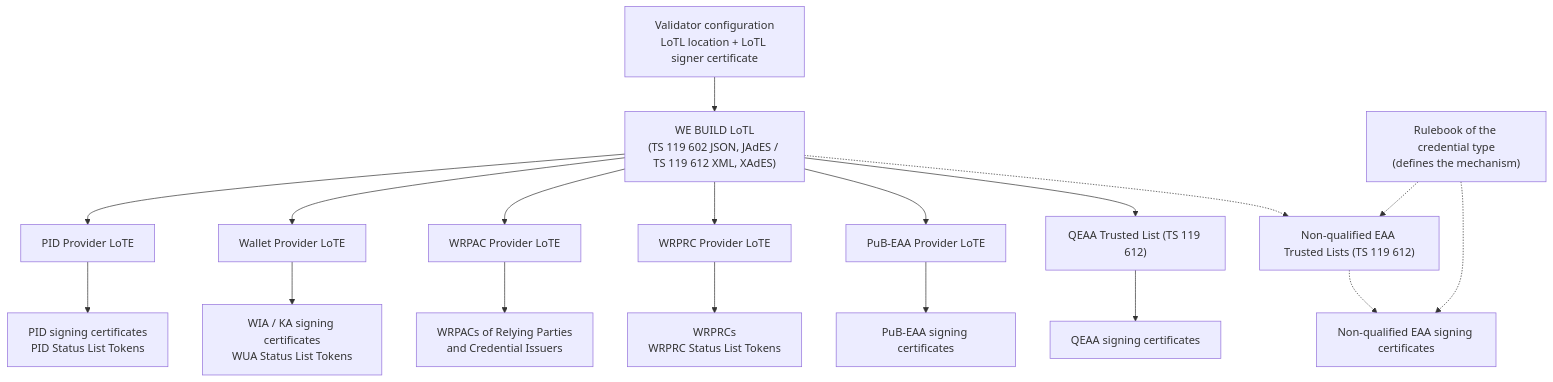
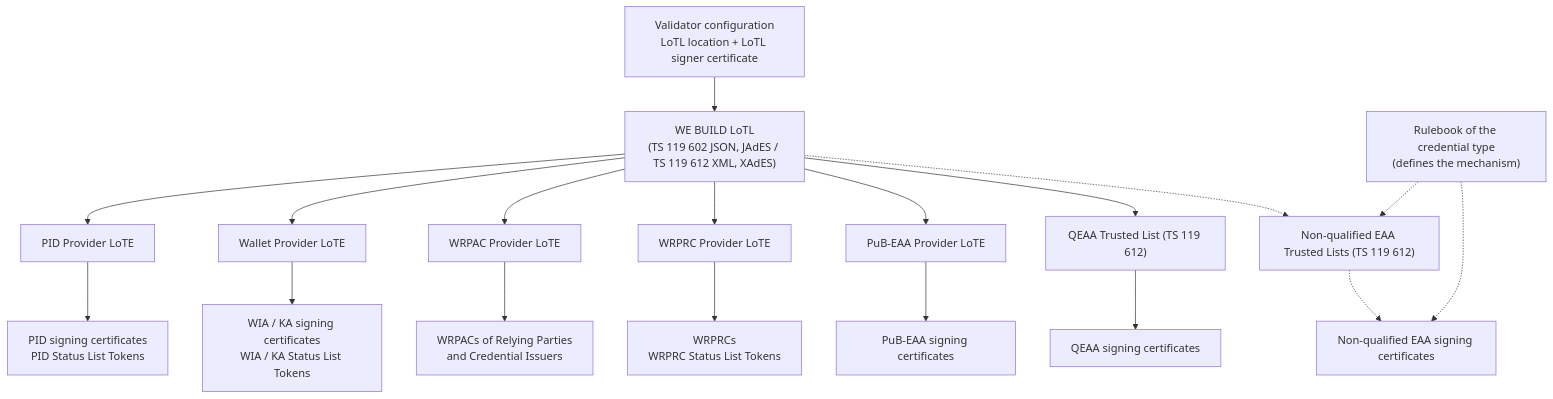
Before and after one commit to webuild-consortium/wp4-architecture: the first of 2 diagrams in conformance-specs/cs-18-baseline-trust-validation.md, drawn with Mermaid. The commit also changed other lines of this file, not shown here.

````diff
--- a/conformance-specs/cs-18-baseline-trust-validation.md
+++ b/conformance-specs/cs-18-baseline-trust-validation.md
@@ -136,24 +143,24 @@
 ```mermaid
 flowchart TB
     CFG["Validator configuration<br/>LoTL location + LoTL signer certificate"]
     LOTL["WE BUILD LoTL<br/>(TS 119 602 JSON, JAdES / TS 119 612 XML, XAdES)"]
     CFG --> LOTL
     LOTL --> PID["PID Provider LoTE"]
     LOTL --> WP["Wallet Provider LoTE"]
     LOTL --> AC["WRPAC Provider LoTE"]
     LOTL --> RC["WRPRC Provider LoTE"]
     LOTL --> PUB["PuB-EAA Provider LoTE"]
     LOTL --> QTL["QEAA Trusted List (TS 119 612)"]
     PID --> PIDC["PID signing certificates<br/>PID Status List Tokens"]
-    WP --> WPC["WIA / KA signing certificates<br/>WUA Status List Tokens"]
+    WP --> WPC["WIA / KA signing certificates<br/>WIA / KA Status List Tokens"]
     AC --> ACC["WRPACs of Relying Parties<br/>and Credential Issuers"]
     RC --> RCC["WRPRCs<br/>WRPRC Status List Tokens"]
     PUB --> PUBC["PuB-EAA signing certificates"]
     QTL --> QC["QEAA signing certificates"]
     RB["Rulebook of the credential type<br/>(defines the mechanism)"]
     EAL["Non-qualified EAA Trusted Lists (TS 119 612)"]
     RB -.-> EAL
     LOTL -.-> EAL
     EAL -.-> NEC["Non-qualified EAA signing certificates"]
     RB -.-> NEC
 ```
````
